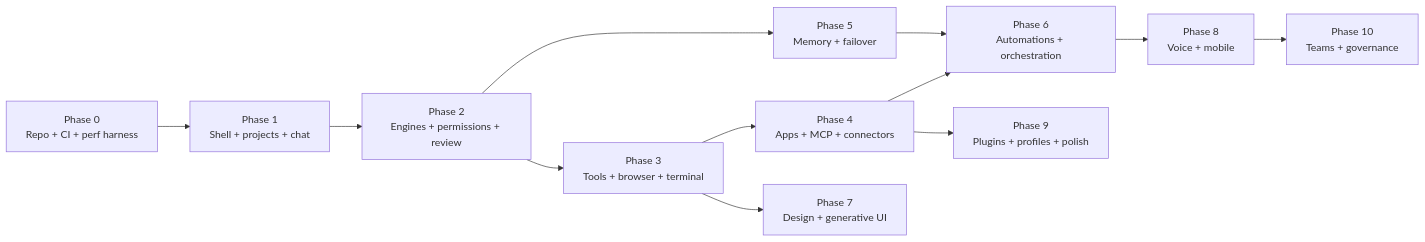
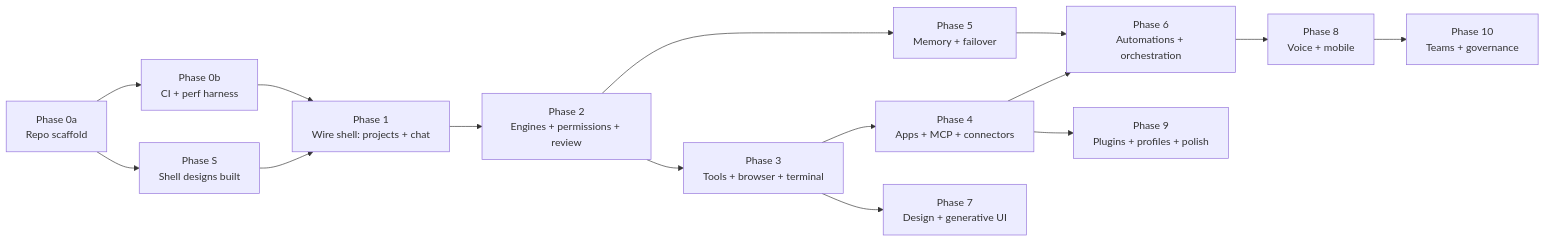
Before and after one commit to i-iz-adam/CapybaraOS: the diagram in docs/08-roadmap.md, drawn with Mermaid. The commit also changed other lines of this file and 27 other files, not shown here.

Commit message:
docs: shell-first design specification (S-01..S-30), roadmap Phase S

````diff
--- a/docs/08-roadmap.md
+++ b/docs/08-roadmap.md
@@ -17,14 +19,17 @@
 ```mermaid
 graph LR
-  P0[Phase 0<br/>Repo + CI + perf harness] --> P1[Phase 1<br/>Shell + projects + chat]
+  P0[Phase 0a<br/>Repo scaffold] --> PS[Phase S<br/>Shell designs built]
+  P0 --> P0b[Phase 0b<br/>CI + perf harness]
+  PS --> P1[Phase 1<br/>Wire shell: projects + chat]
+  P0b --> P1
   P1 --> P2[Phase 2<br/>Engines + permissions + review]
   P2 --> P3[Phase 3<br/>Tools + browser + terminal]
   P3 --> P4[Phase 4<br/>Apps + MCP + connectors]
   P2 --> P5[Phase 5<br/>Memory + failover]
   P4 --> P6[Phase 6<br/>Automations + orchestration]
   P5 --> P6
   P3 --> P7[Phase 7<br/>Design + generative UI]
   P6 --> P8[Phase 8<br/>Voice + mobile]
   P4 --> P9[Phase 9<br/>Plugins + profiles + polish]
   P8 --> P10[Phase 10<br/>Teams + governance]
 ```
````
